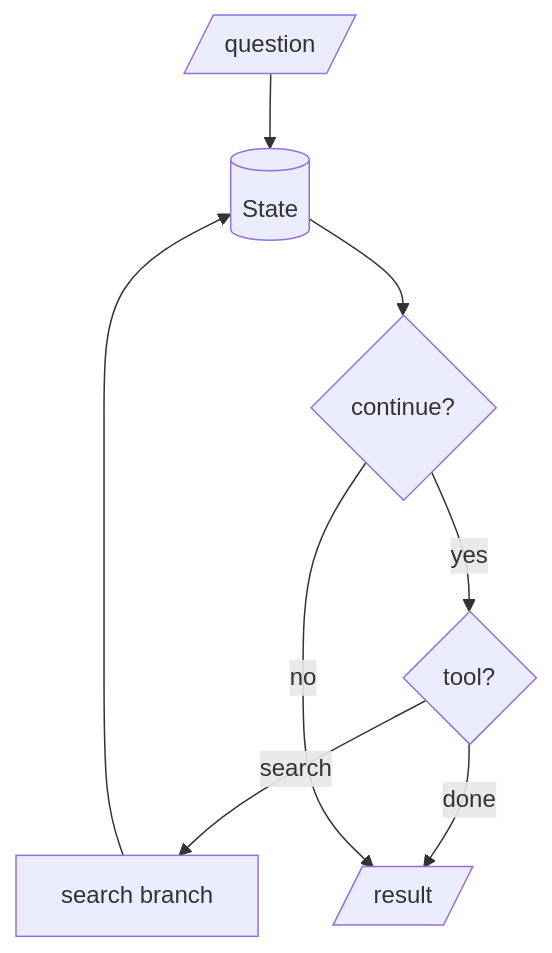
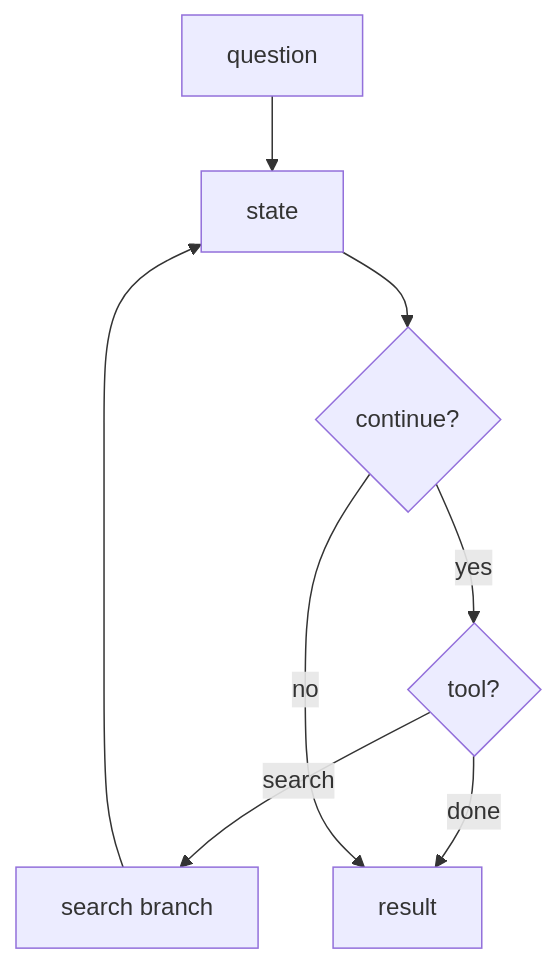
One commit to ASEM000/autoform changed the second of 2 diagrams in README.md. Above: the diagram before and after it, drawn with Mermaid.

````diff
--- a/README.md
+++ b/README.md
@@ -188,10 +188,10 @@
 ```mermaid
 flowchart TD
-    question[/question/] --> state[(State)]
+    question["question"] --> state["state"]
     state --> condition{"continue?"}
-    condition -- yes --> decision{"tool?"}
-    decision -- search --> tool["search branch"]
+    condition -- "yes" --> decision{"tool?"}
+    decision -- "search" --> tool["search branch"]
     tool --> state
-    decision -- done --> result[/result/]
-    condition -- no --> result
+    decision -- "done" --> result["result"]
+    condition -- "no" --> result
 ```
````
